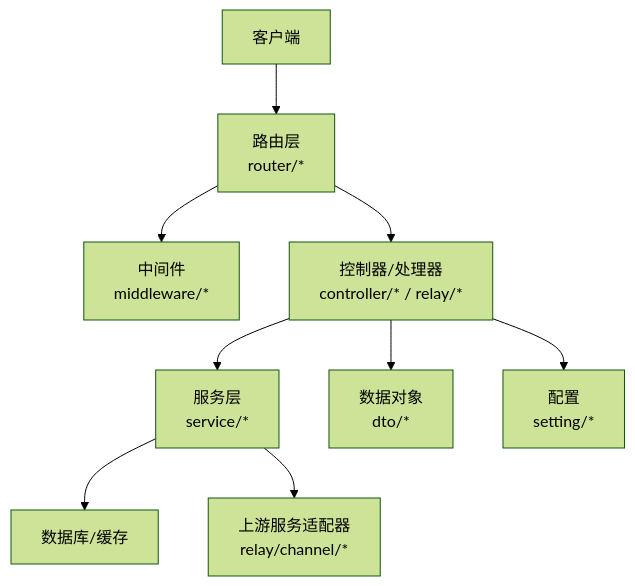
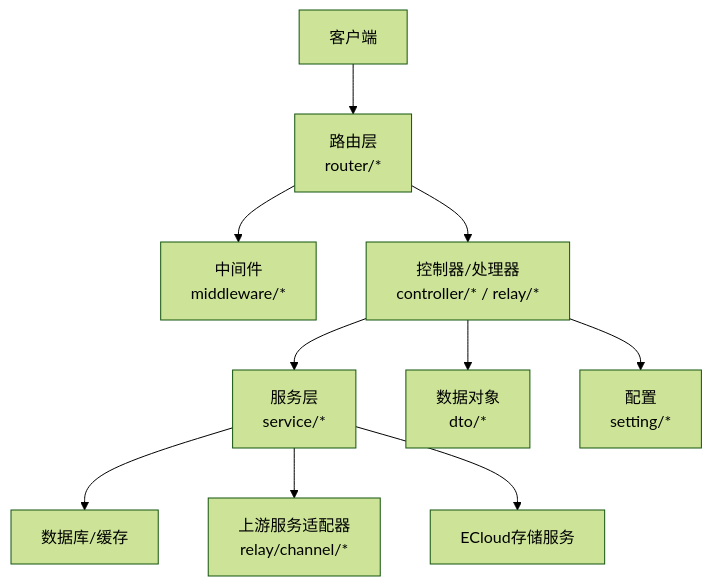
One commit to zhaodechao2008/new-api changed the first of 8 diagrams in .qoder/repowiki/zh/content/API参考/API参考.md. Above: the diagram before and after it, drawn with Mermaid (forest theme). The commit also changed other lines of this file and 274 other files, not shown here.

````diff
--- a/.qoder/repowiki/zh/content/API参考/API参考.md
+++ b/.qoder/repowiki/zh/content/API参考/API参考.md
@@ -47,11 +61,12 @@
 ```mermaid
 graph TB
 Client["客户端"] --> Router["路由层<br/>router/*"]
 Router --> MW["中间件<br/>middleware/*"]
 Router --> Controller["控制器/处理器<br/>controller/* / relay/*"]
 Controller --> Service["服务层<br/>service/*"]
 Service --> DB["数据库/缓存"]
 Service --> Upstream["上游服务适配器<br/>relay/channel/*"]
+Service --> ECloud["ECloud存储服务"]
 Controller --> DTO["数据对象<br/>dto/*"]
 Controller --> Setting["配置<br/>setting/*"]
 ```
````
